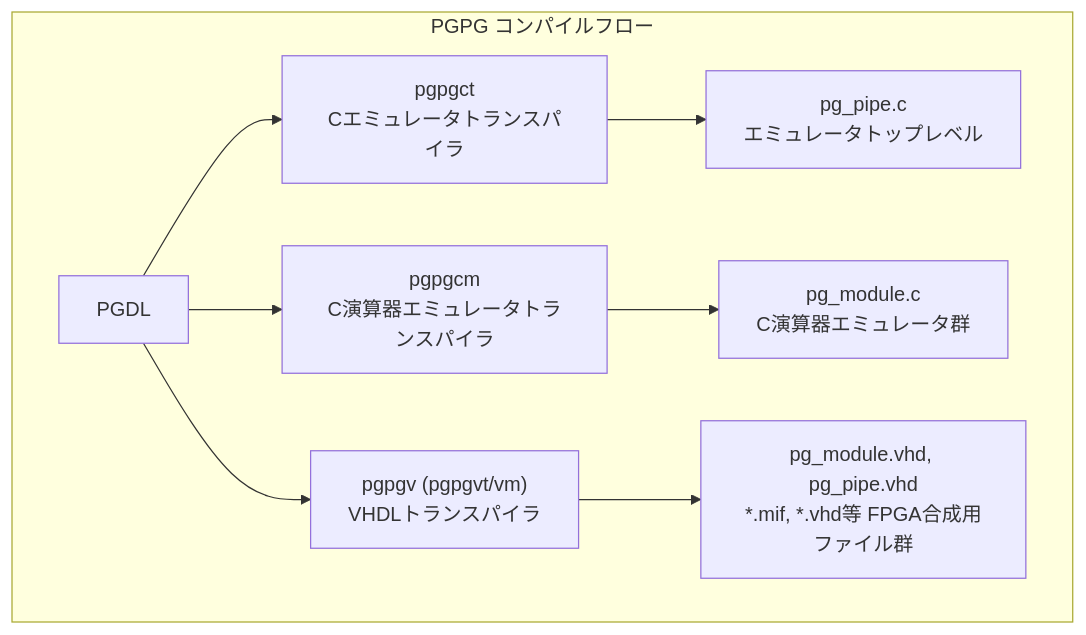
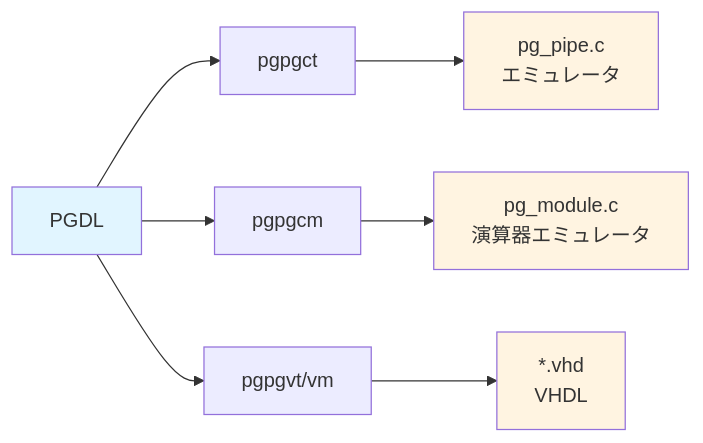
The diagram in doc/design.md (thamada/pgpg), drawn with Mermaid before and after one commit. The commit also changed 2 other files, not shown here.

Commit message:
README: PGPG コンパイルフロー図を Mermaid 化し、doc に反映
- README.md: システムアーキテクチャの図を ASCII から flowchart LR の Mermaid に変更
- doc/design.md: 2.1 節のコンパイルフロー図を README と同一の Mermaid に統一
- doc/ChangeLog: 2026-03-16 の update-doc 反映内容を追記

````diff
--- a/doc/design.md
+++ b/doc/design.md
@@ -61,22 +61,14 @@
 ```mermaid
-flowchart TB
-    subgraph flow["PGPG コンパイルフロー"]
-        A["PGDL"]
+flowchart LR
+    A[PGDL] --> B[pgpgct]
+    A --> C[pgpgcm]
+    A --> D[pgpgvt/vm]
+    B --> E[pg_pipe.c<br/>エミュレータ]
+    C --> F[pg_module.c<br/>演算器エミュレータ]
+    D --> G[*.vhd<br/>VHDL]
 
-        A --> D
-        A --> E
-        A --> F
-
-        D["pgpgct<br/>Cエミュレータトランスパイラ"]
-        E["pgpgcm<br/>C演算器エミュレータトランスパイラ"]
-        F["pgpgv (pgpgvt/vm)<br/>VHDLトランスパイラ"]
-
-        D --> G
-        E --> H
-        F --> I
-
-        G["pg_pipe.c<br/>エミュレータトップレベル"]
-        H["pg_module.c<br/>C演算器エミュレータ群"]
-        I["pg_module.vhd, pg_pipe.vhd<br/>*.mif, *.vhd等 FPGA合成用ファイル群"]
-    end
+    style A fill:#e1f5ff
+    style E fill:#fff4e1
+    style F fill:#fff4e1
+    style G fill:#fff4e1
 ```
````
